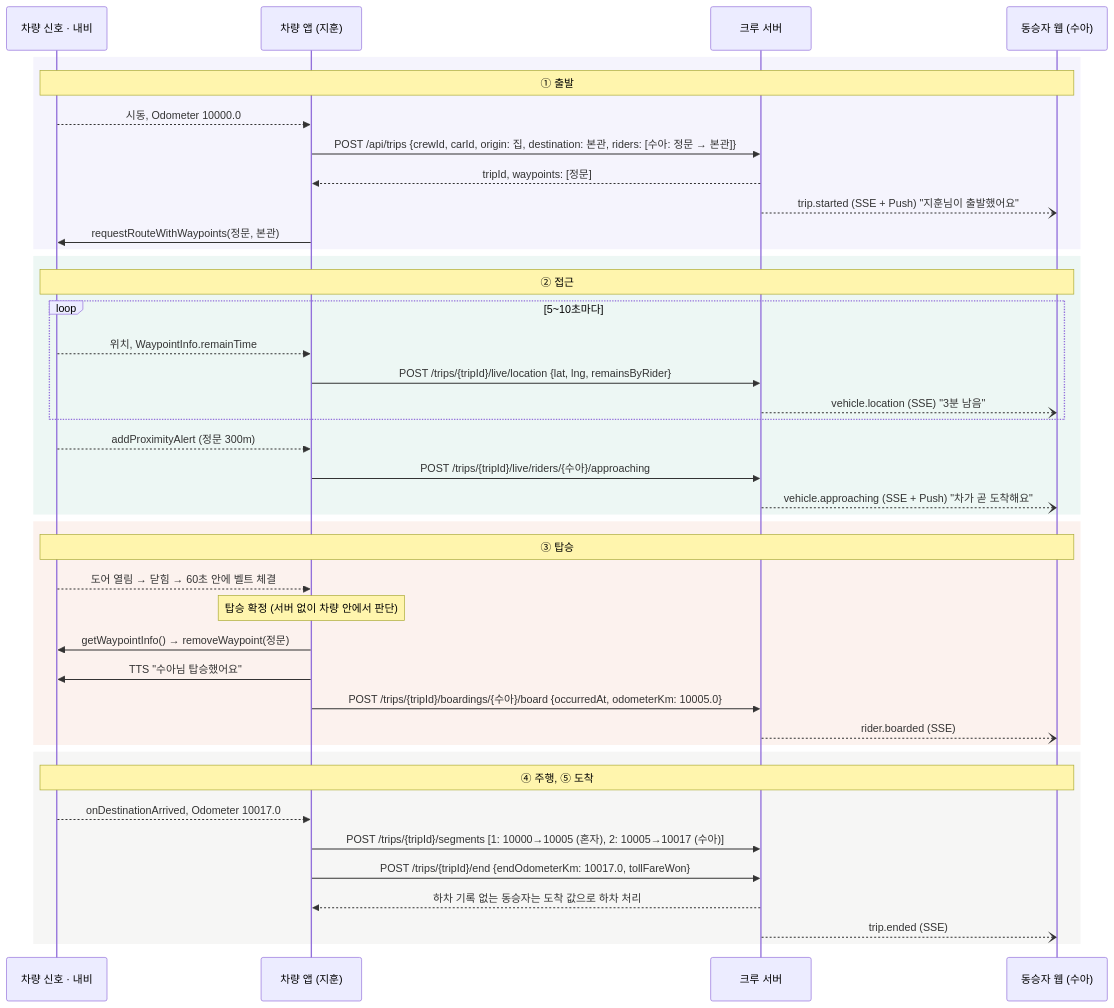
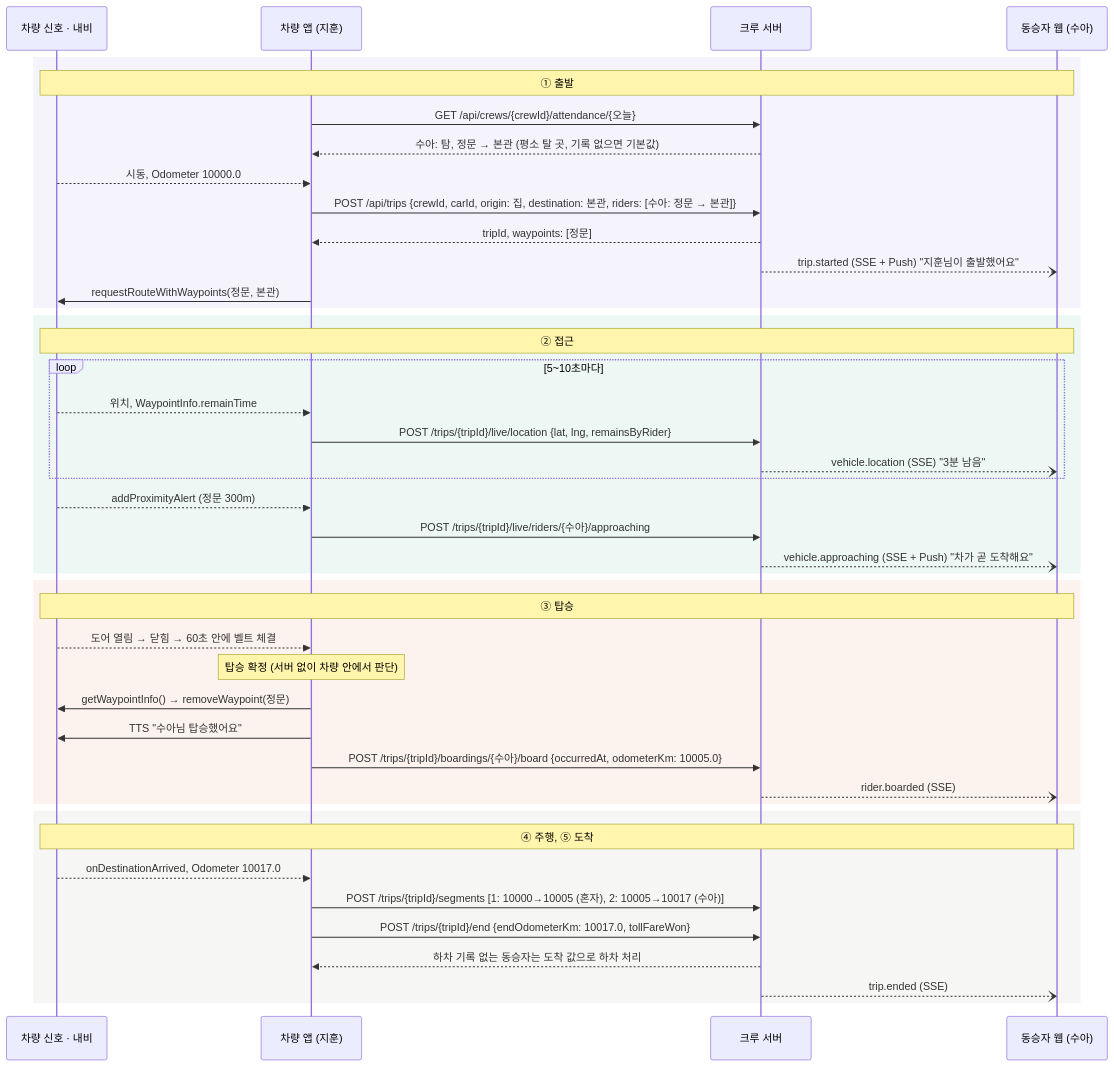
Before and after one commit to hyundai-full-accel/paircar-server: the fifth of 8 diagrams in docs/sequences.md, drawn with Mermaid. The commit also changed other lines of this file and 29 other files, not shown here.

````diff
--- a/docs/sequences.md
+++ b/docs/sequences.md
@@ -134,47 +136,49 @@
 ```mermaid
 sequenceDiagram
     participant V as 차량 신호 · 내비
     participant C as 차량 앱 (지훈)
     participant S as 크루 서버
     participant W as 동승자 웹 (수아)
 
     rect rgba(127,119,221,0.08)
     Note over V,W: ① 출발
+    C->>S: GET /api/crews/{crewId}/attendance/{오늘}
+    S-->>C: 수아: 탐, 정문 → 본관 (평소 탈 곳, 기록 없으면 기본값)
     V-->>C: 시동, Odometer 10000.0
     C->>S: POST /api/trips {crewId, carId, origin: 집, destination: 본관, riders: [수아: 정문 → 본관]}
     S-->>C: tripId, waypoints: [정문]
     S--)W: trip.started (SSE + Push) "지훈님이 출발했어요"
     C->>V: requestRouteWithWaypoints(정문, 본관)
     end
 
     rect rgba(29,158,117,0.08)
     Note over V,W: ② 접근
     loop 5~10초마다
         V-->>C: 위치, WaypointInfo.remainTime
         C->>S: POST /trips/{tripId}/live/location {lat, lng, remainsByRider}
         S--)W: vehicle.location (SSE) "3분 남음"
     end
     V-->>C: addProximityAlert (정문 300m)
     C->>S: POST /trips/{tripId}/live/riders/{수아}/approaching
     S--)W: vehicle.approaching (SSE + Push) "차가 곧 도착해요"
     end
 
     rect rgba(216,90,48,0.08)
     Note over V,W: ③ 탑승
     V-->>C: 도어 열림 → 닫힘 → 60초 안에 벨트 체결
     Note over C: 탑승 확정 (서버 없이 차량 안에서 판단)
     C->>V: getWaypointInfo() → removeWaypoint(정문)
     C->>V: TTS "수아님 탑승했어요"
     C->>S: POST /trips/{tripId}/boardings/{수아}/board {occurredAt, odometerKm: 10005.0}
     S--)W: rider.boarded (SSE)
     end
 
     rect rgba(136,135,128,0.08)
     Note over V,W: ④ 주행, ⑤ 도착
     V-->>C: onDestinationArrived, Odometer 10017.0
     C->>S: POST /trips/{tripId}/segments [1: 10000→10005 (혼자), 2: 10005→10017 (수아)]
     C->>S: POST /trips/{tripId}/end {endOdometerKm: 10017.0, tollFareWon}
     S-->>C: 하차 기록 없는 동승자는 도착 값으로 하차 처리
     S--)W: trip.ended (SSE)
     end
 ```
````
